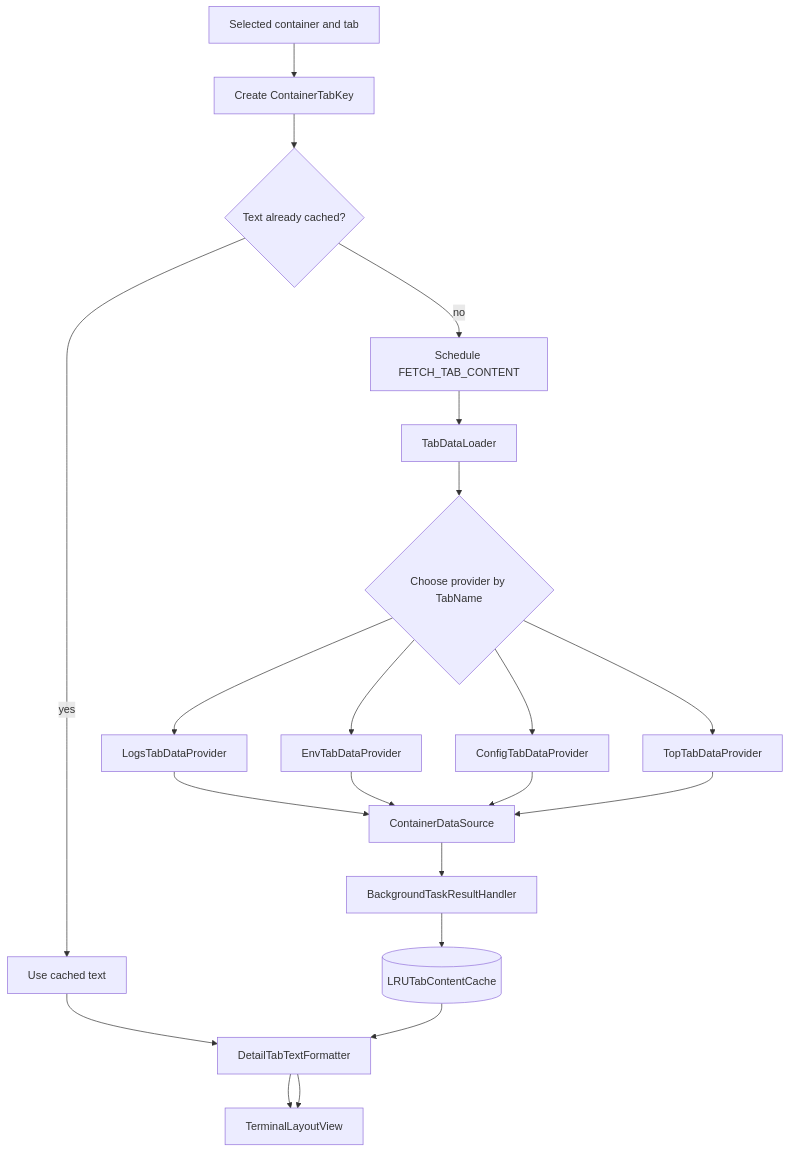
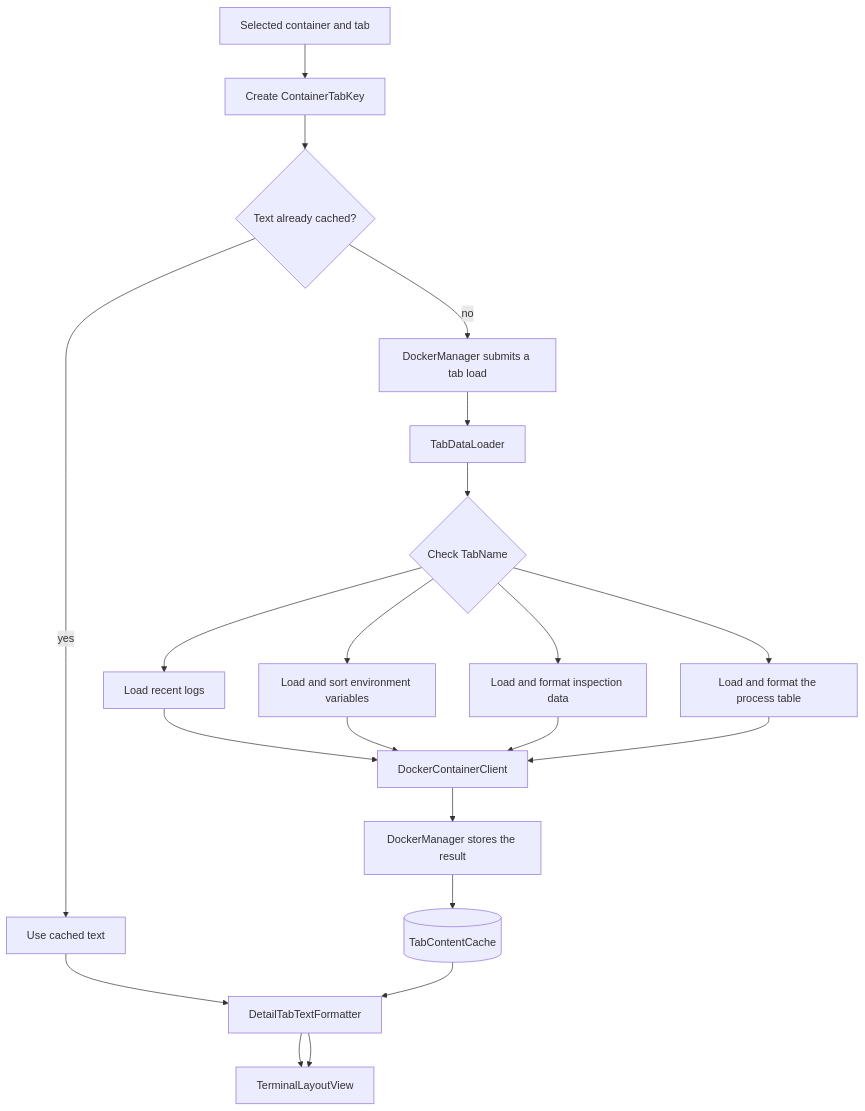
The fifth of 5 diagrams in DEVELOPMENT_GUIDE.md (arabnejad/edm), drawn with Mermaid before and after one commit. The commit also changed other lines of this file and 45 other files, not shown here.

First line of the commit message:
Refactor and simplify architecture (#45)

````diff
--- a/DEVELOPMENT_GUIDE.md
+++ b/DEVELOPMENT_GUIDE.md
@@ -333,28 +356,28 @@
 ```mermaid
 flowchart TD
     Selection[Selected container and tab]
     Key[Create ContainerTabKey]
     Cached{Text already cached?}
     Show[Use cached text]
-    Submit[Schedule FETCH_TAB_CONTENT]
+    Submit[DockerManager submits a tab load]
     Loader[TabDataLoader]
-    Provider{Choose provider by TabName}
-    Logs[LogsTabDataProvider]
-    Env[EnvTabDataProvider]
-    Config[ConfigTabDataProvider]
-    Top[TopTabDataProvider]
-    Source[ContainerDataSource]
-    Handler[BackgroundTaskResultHandler]
-    Cache[(LRUTabContentCache)]
+    Choose{Check TabName}
+    Logs[Load recent logs]
+    Env[Load and sort environment variables]
+    Config[Load and format inspection data]
+    Top[Load and format the process table]
+    Client[DockerContainerClient]
+    Complete[DockerManager stores the result]
+    Cache[(TabContentCache)]
     Format[DetailTabTextFormatter]
     Draw[TerminalLayoutView]
 
     Selection --> Key --> Cached
     Cached -- yes --> Show --> Format --> Draw
-    Cached -- no --> Submit --> Loader --> Provider
-    Provider --> Logs --> Source
-    Provider --> Env --> Source
-    Provider --> Config --> Source
-    Provider --> Top --> Source
-    Source --> Handler --> Cache --> Format --> Draw
+    Cached -- no --> Submit --> Loader --> Choose
+    Choose --> Logs --> Client
+    Choose --> Env --> Client
+    Choose --> Config --> Client
+    Choose --> Top --> Client
+    Client --> Complete --> Cache --> Format --> Draw
 ```
````
